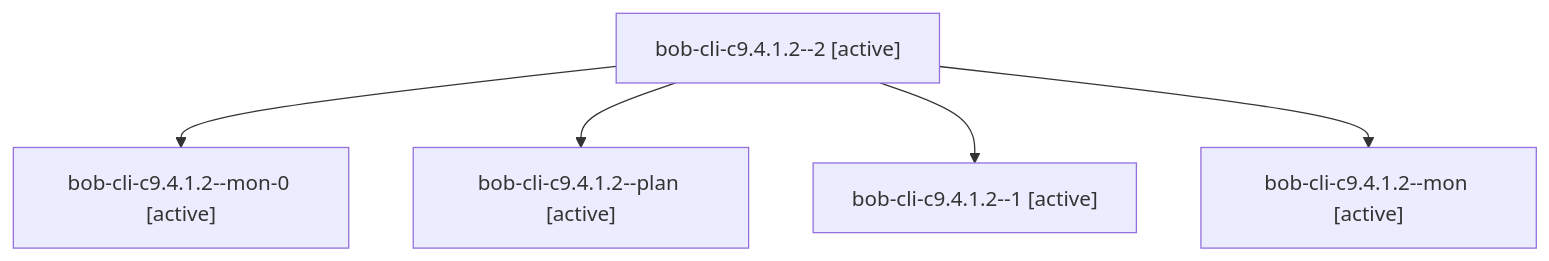
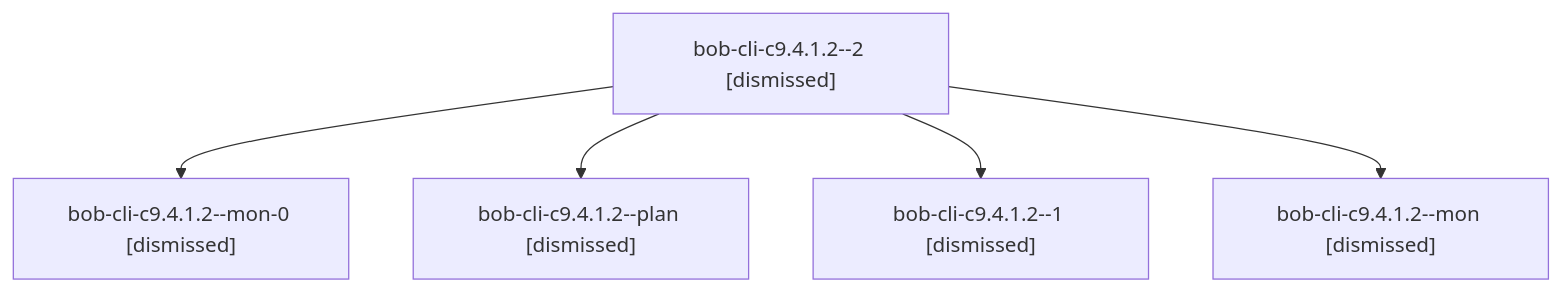
One commit to bobs-org/bob-cli--agents changed the diagram in sessions/bbugyi200.athena.bob-cli-c9.4.1.2.md. Above: the diagram before and after it, drawn with Mermaid. The commit also changed other lines of this file and 130 other files, not shown here.

````diff
--- a/sessions/bbugyi200.athena.bob-cli-c9.4.1.2.md
+++ b/sessions/bbugyi200.athena.bob-cli-c9.4.1.2.md
@@ -9,12 +9,12 @@
 ```mermaid
 flowchart TD
-  n0["bob-cli-c9.4.1.2--2 [active]"]
-  n1["bob-cli-c9.4.1.2--mon-0 [active]"]
+  n0["bob-cli-c9.4.1.2--2 [dismissed]"]
+  n1["bob-cli-c9.4.1.2--mon-0 [dismissed]"]
   n0 --> n1
-  n2["bob-cli-c9.4.1.2--plan [active]"]
+  n2["bob-cli-c9.4.1.2--plan [dismissed]"]
   n0 --> n2
-  n3["bob-cli-c9.4.1.2--1 [active]"]
+  n3["bob-cli-c9.4.1.2--1 [dismissed]"]
   n0 --> n3
-  n4["bob-cli-c9.4.1.2--mon [active]"]
+  n4["bob-cli-c9.4.1.2--mon [dismissed]"]
   n0 --> n4
 ```
````
